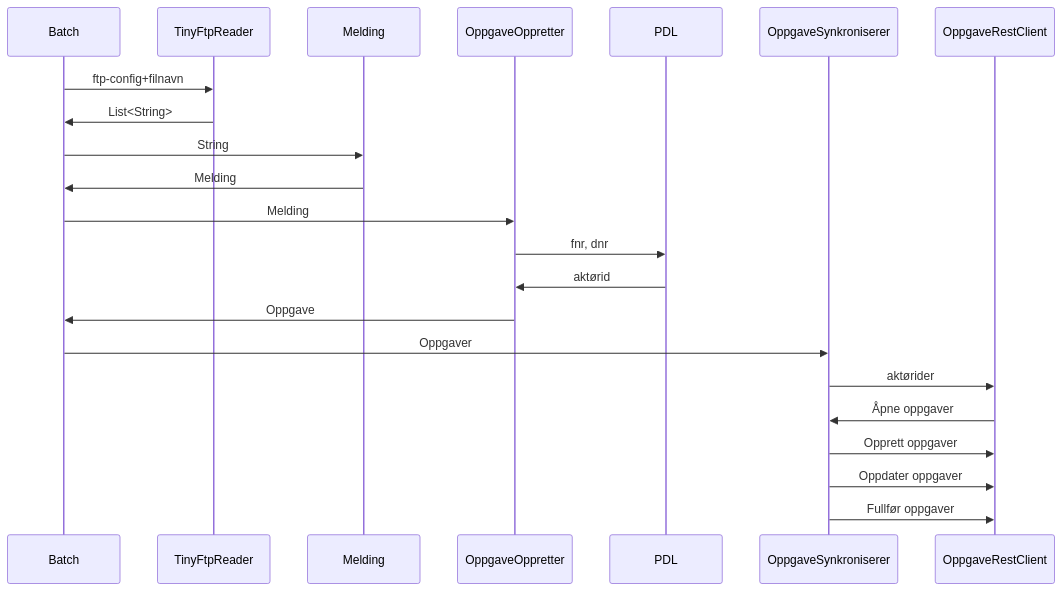
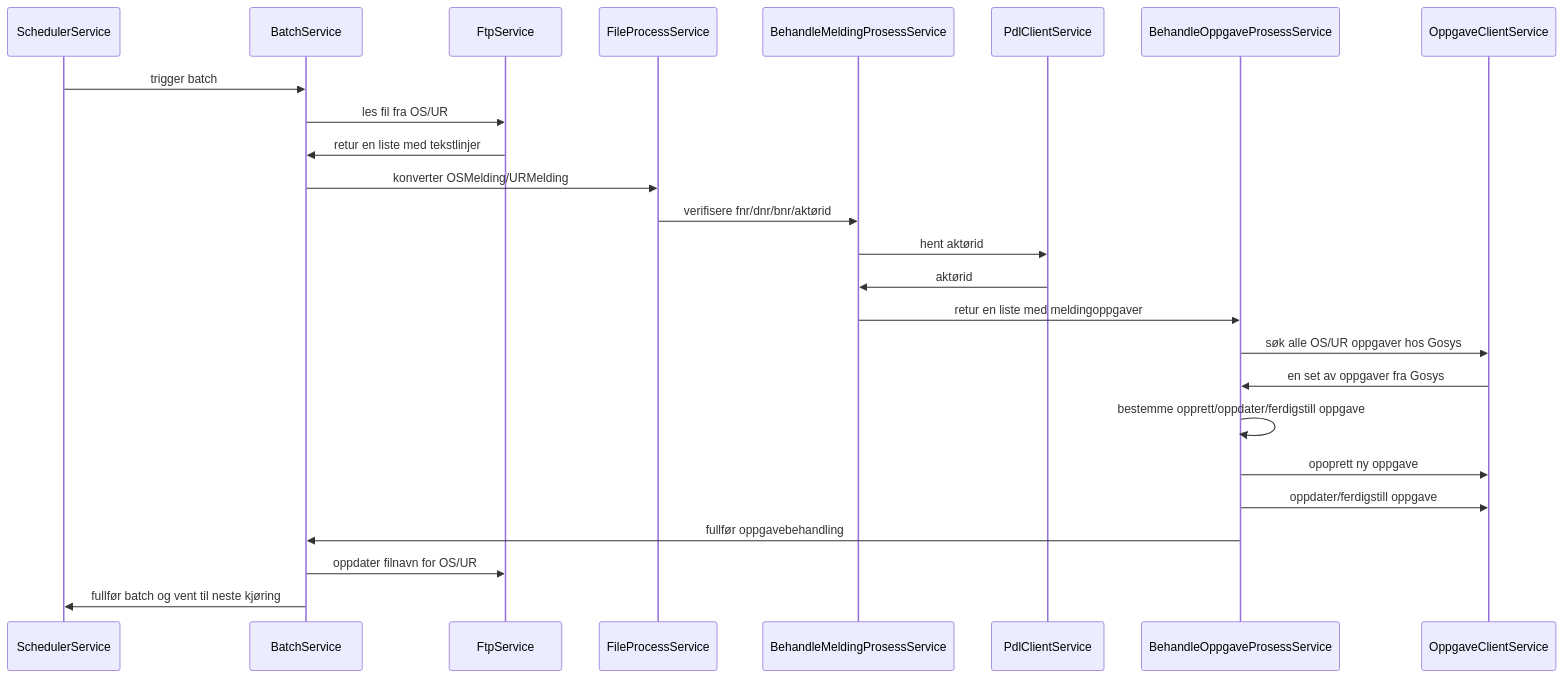
One commit to navikt/sokos-okosynk changed the diagram in Dokumentasjon/overordnet-teknisk.md. Above: the diagram before and after it, drawn with Mermaid. The commit also changed other lines of this file and 4 other files, not shown here.

````diff
--- a/Dokumentasjon/overordnet-teknisk.md
+++ b/Dokumentasjon/overordnet-teknisk.md
@@ -3,17 +3,20 @@
 ```mermaid
 sequenceDiagram
-    Batch               ->> TinyFtpReader        : ftp-config+filnavn
-    TinyFtpReader       ->> Batch                : List<String>
-    Batch               ->> Melding              : String
-    Melding             ->> Batch                : Melding
-    Batch               ->> OppgaveOppretter     : Melding
-    OppgaveOppretter    ->> PDL                  : fnr, dnr
-    PDL                 ->> OppgaveOppretter     : aktørid
-    OppgaveOppretter    ->> Batch                : Oppgave
-    Batch               ->> OppgaveSynkroniserer : Oppgaver
-    OppgaveSynkroniserer->> OppgaveRestClient    : aktørider
-    OppgaveRestClient   ->> OppgaveSynkroniserer : Åpne oppgaver
-    OppgaveSynkroniserer->> OppgaveRestClient    : Opprett oppgaver
-    OppgaveSynkroniserer->> OppgaveRestClient    : Oppdater oppgaver
-    OppgaveSynkroniserer->> OppgaveRestClient    : Fullfør oppgaver
+    SchedulerService ->> BatchService: trigger batch
+    BatchService ->> FtpService: les fil fra OS/UR
+    FtpService ->> BatchService: retur en liste med tekstlinjer
+    BatchService ->> FileProcessService: konverter OSMelding/URMelding
+    FileProcessService ->> BehandleMeldingProsessService: verifisere fnr/dnr/bnr/aktørid
+    BehandleMeldingProsessService ->> PdlClientService: hent aktørid
+    PdlClientService ->> BehandleMeldingProsessService: aktørid
+    BehandleMeldingProsessService ->> BehandleOppgaveProsessService: retur en liste med meldingoppgaver
+    BehandleOppgaveProsessService ->> OppgaveClientService: søk alle OS/UR oppgaver hos Gosys
+    OppgaveClientService ->> BehandleOppgaveProsessService: en set av oppgaver fra Gosys
+    BehandleOppgaveProsessService ->> BehandleOppgaveProsessService: bestemme opprett/oppdater/ferdigstill oppgave
+    BehandleOppgaveProsessService ->> OppgaveClientService: opoprett ny oppgave
+    BehandleOppgaveProsessService ->> OppgaveClientService: oppdater/ferdigstill oppgave
+    BehandleOppgaveProsessService ->> BatchService: fullfør oppgavebehandling
+    BatchService ->> FtpService: oppdater filnavn for OS/UR
+    BatchService ->> SchedulerService: fullfør batch og vent til neste kjøring
+
 ```
````
